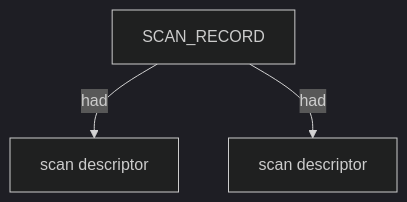
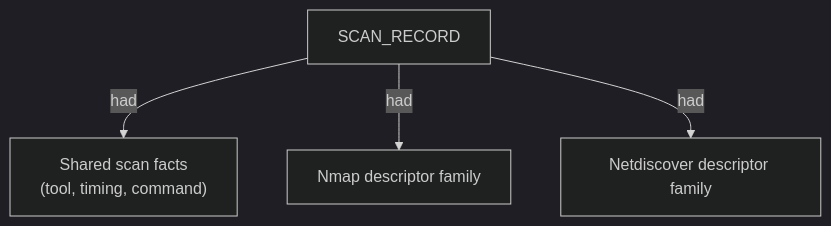
One commit to brettforbes/spiderfeet changed the fourth of 9 diagrams in .docs/docs-for-cli-tools/_Current_Ontology.md. Above: the diagram before and after it, drawn with Mermaid (dark theme). The commit also changed other lines of this file, not shown here.

First line of the commit message:
Restructure CLI ontology as unified composable sub-graph model.

````diff
--- a/.docs/docs-for-cli-tools/_Current_Ontology.md
+++ b/.docs/docs-for-cli-tools/_Current_Ontology.md
@@ -104,8 +122,10 @@
 ```mermaid
 flowchart TD
   scan["SCAN_RECORD"]
-  d1["scan descriptor"]
-  d2["scan descriptor"]
-  scan -->|had| d1
-  scan -->|had| d2
+  core["Shared scan facts\n(tool, timing, command)"]
+  nmapD["Nmap descriptor family"]
+  ndD["Netdiscover descriptor family"]
+  scan -->|had| core
+  scan -->|had| nmapD
+  scan -->|had| ndD
 ```
````
